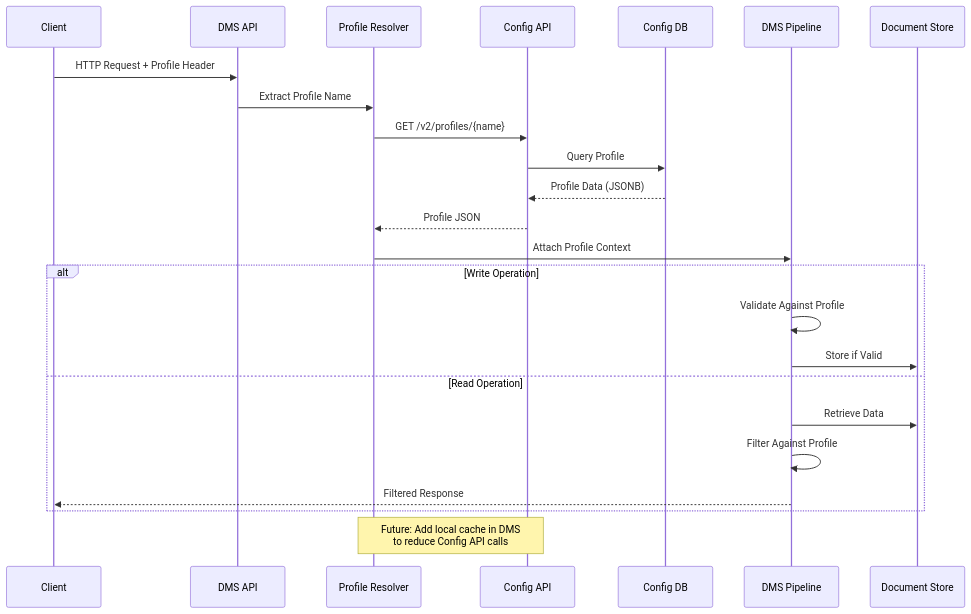
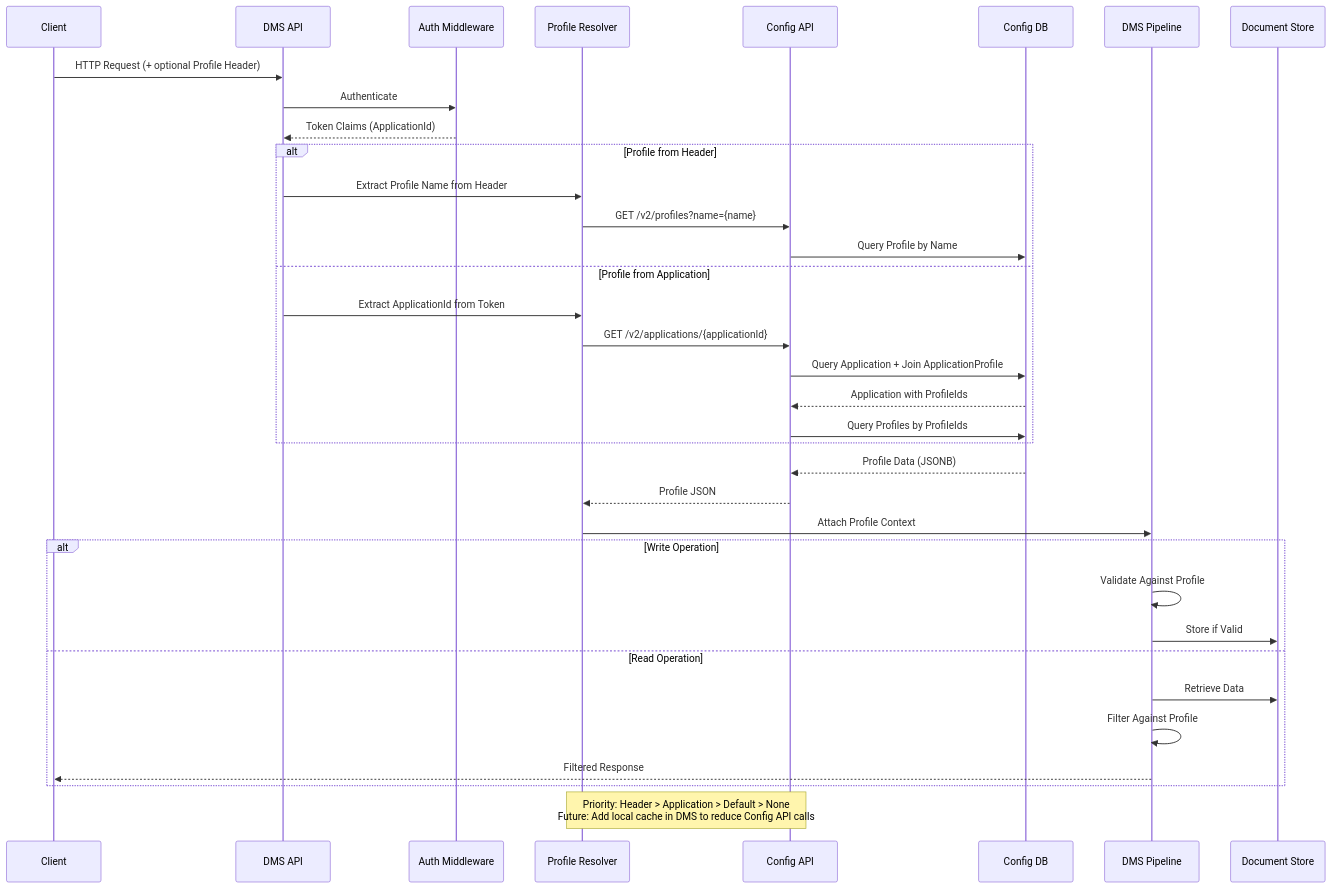
One commit to Ed-Fi-Alliance-OSS/Data-Management-Service changed the second of 5 diagrams in docs/Profiles/API-PROFILES-DESIGN.md. Above: the diagram before and after it, drawn with Mermaid. The commit also changed other lines of this file, not shown here.

First line of the commit message:
Update API-PROFILES-DESIGN.md

````diff
--- a/docs/Profiles/API-PROFILES-DESIGN.md
+++ b/docs/Profiles/API-PROFILES-DESIGN.md
@@ -176,29 +190,42 @@
 ```mermaid
 sequenceDiagram
     participant Client
     participant DMS as DMS API
+    participant Auth as Auth Middleware
     participant Resolver as Profile Resolver
     participant ConfigAPI as Config API
     participant ConfigDB as Config DB
     participant Pipeline as DMS Pipeline
     participant Backend as Document Store
     
-    Client->>DMS: HTTP Request + Profile Header
-    DMS->>Resolver: Extract Profile Name
-    Resolver->>ConfigAPI: GET /v2/profiles/{name}
-    ConfigAPI->>ConfigDB: Query Profile
+    Client->>DMS: HTTP Request (+ optional Profile Header)
+    DMS->>Auth: Authenticate
+    Auth-->>DMS: Token Claims (ApplicationId)
+    
+    alt Profile from Header
+        DMS->>Resolver: Extract Profile Name from Header
+        Resolver->>ConfigAPI: GET /v2/profiles?name={name}
+        ConfigAPI->>ConfigDB: Query Profile by Name
+    else Profile from Application
+        DMS->>Resolver: Extract ApplicationId from Token
+        Resolver->>ConfigAPI: GET /v2/applications/{applicationId}
+        ConfigAPI->>ConfigDB: Query Application + Join ApplicationProfile
+        ConfigDB-->>ConfigAPI: Application with ProfileIds
+        ConfigAPI->>ConfigDB: Query Profiles by ProfileIds
+    end
+    
     ConfigDB-->>ConfigAPI: Profile Data (JSONB)
     ConfigAPI-->>Resolver: Profile JSON
     Resolver->>Pipeline: Attach Profile Context
     
     alt Write Operation
         Pipeline->>Pipeline: Validate Against Profile
         Pipeline->>Backend: Store if Valid
     else Read Operation
         Pipeline->>Backend: Retrieve Data
         Pipeline->>Pipeline: Filter Against Profile
         Pipeline-->>Client: Filtered Response
     end
     
-    Note over Resolver,ConfigAPI: Future: Add local cache in DMS<br/>to reduce Config API calls
+    Note over Resolver,ConfigAPI: Priority: Header > Application > Default > None<br/>Future: Add local cache in DMS to reduce Config API calls
 ```
````
